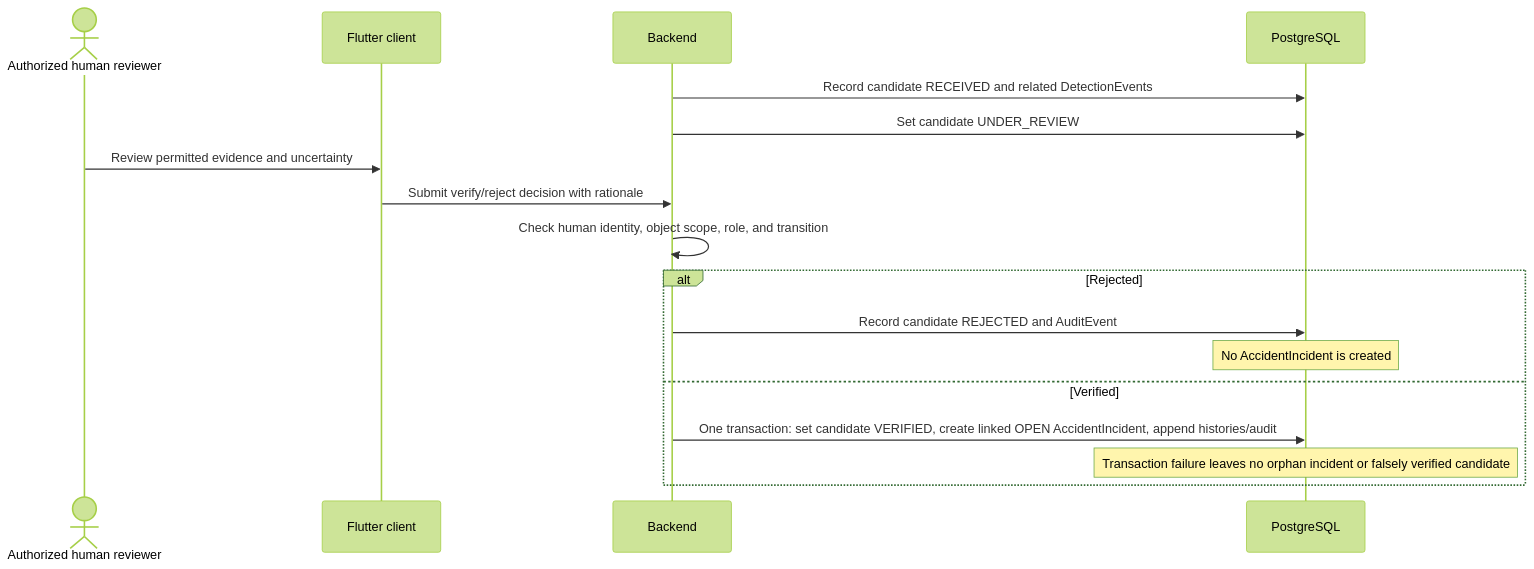
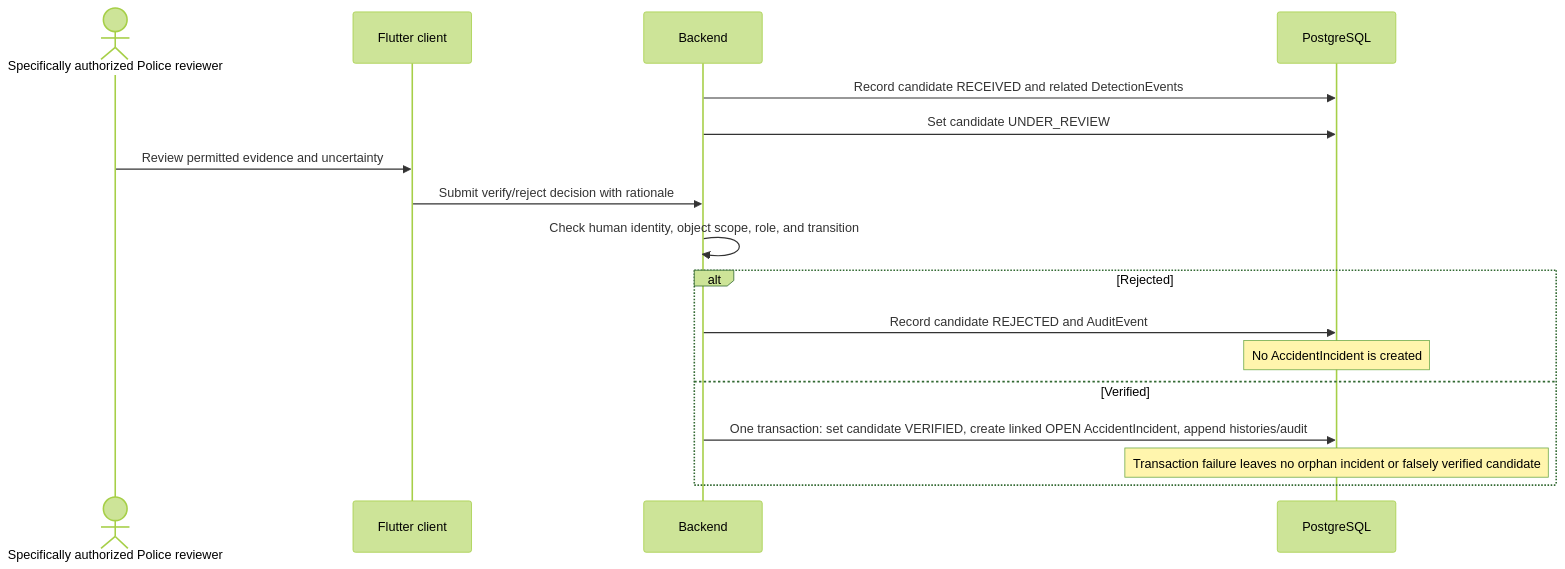
Before and after one commit to rajatchouksey615-alt/ResQVision: the third of 7 diagrams in docs/architecture/data_flow.md, drawn with Mermaid (forest theme). The commit also changed other lines of this file and 16 other files, not shown here.

Commit message:
docs(architecture): define accident verification and response workflow

```diff
--- a/docs/architecture/data_flow.md
+++ b/docs/architecture/data_flow.md
@@ -48,19 +48,19 @@
 ~~~mermaid
 sequenceDiagram
-    actor Reviewer as Authorized human reviewer
+    actor Reviewer as Specifically authorized Police reviewer
     participant App as Flutter client
     participant API as Backend
     participant DB as PostgreSQL
     API->>DB: Record candidate RECEIVED and related DetectionEvents
     API->>DB: Set candidate UNDER_REVIEW
     Reviewer->>App: Review permitted evidence and uncertainty
     App->>API: Submit verify/reject decision with rationale
     API->>API: Check human identity, object scope, role, and transition
     alt Rejected
         API->>DB: Record candidate REJECTED and AuditEvent
         Note over DB: No AccidentIncident is created
     else Verified
         API->>DB: One transaction: set candidate VERIFIED, create linked OPEN AccidentIncident, append histories/audit
         Note over DB: Transaction failure leaves no orphan incident or falsely verified candidate
     end
 ~~~
```
